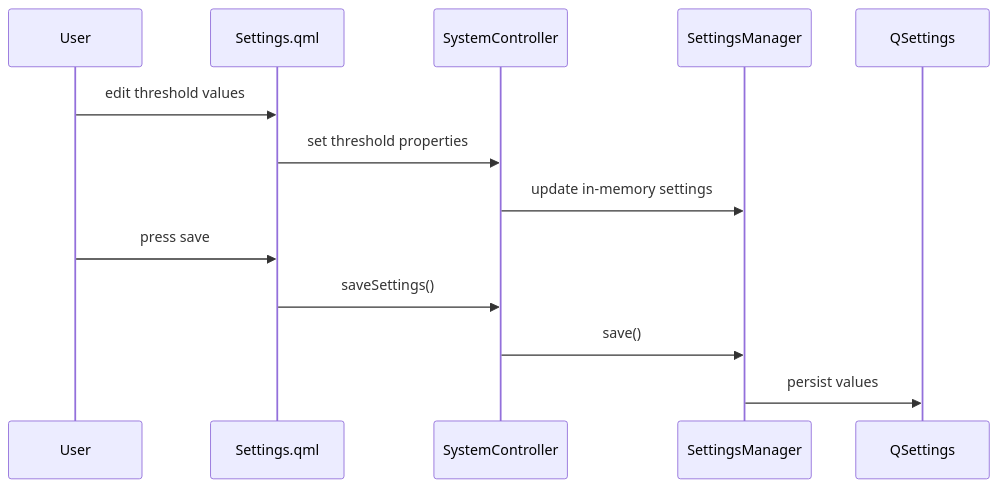
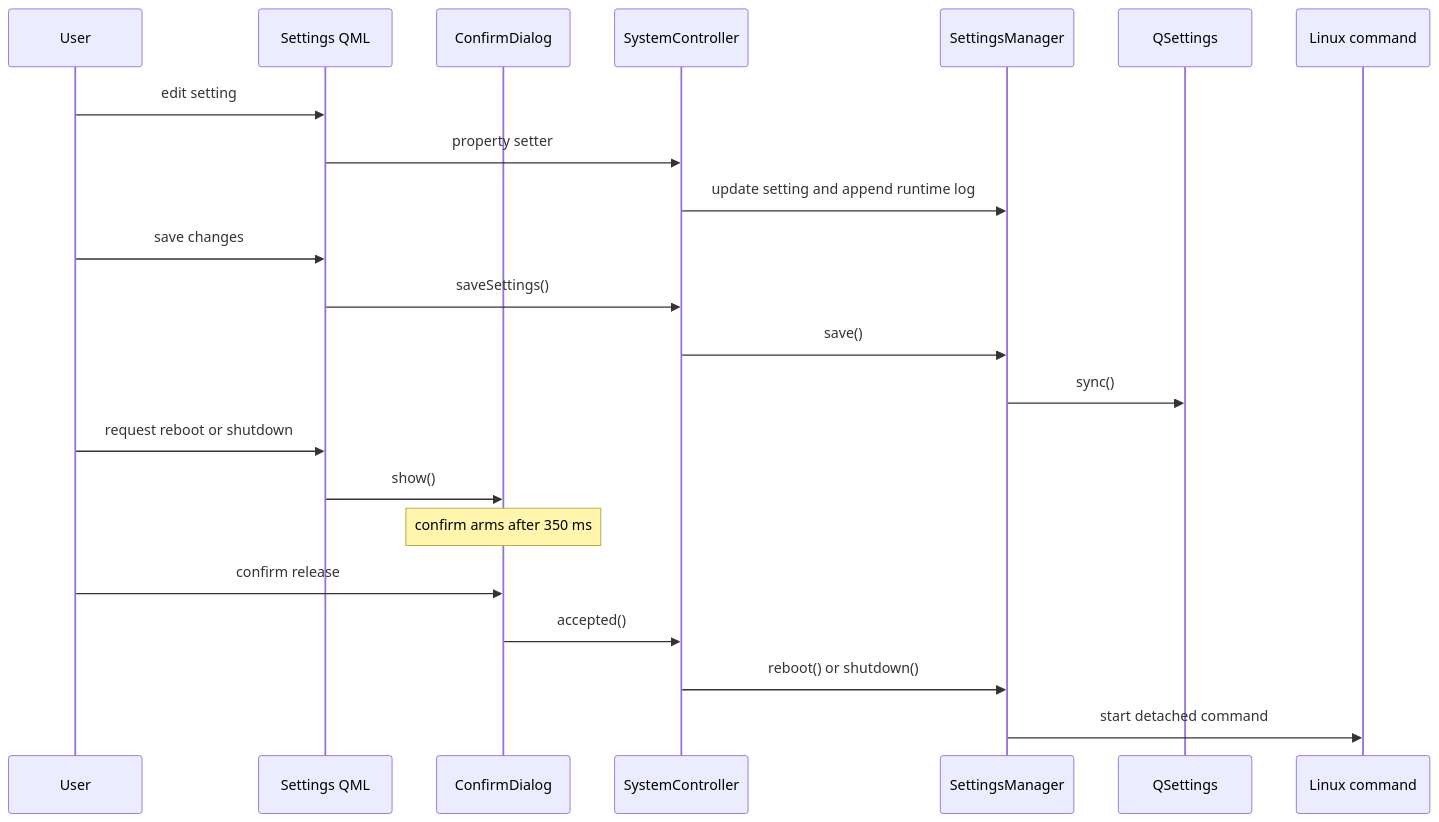
One commit to tungnhs2014/Real-Time-System-Monitor changed the fifth of 8 diagrams in docs/diagrams.md. Above: the diagram before and after it, drawn with Mermaid. The commit also changed other lines of this file and 106 other files, not shown here.

````diff
--- a/docs/diagrams.md
+++ b/docs/diagrams.md
@@ -97,16 +110,26 @@
 ```mermaid
 sequenceDiagram
     participant User
-    participant QML as Settings.qml
-    participant Ctrl as SystemController
+    participant QML as Settings QML
+    participant Dialog as ConfirmDialog
+    participant Controller as SystemController
     participant Settings as SettingsManager
     participant Store as QSettings
+    participant OS as Linux command
 
-    User->>QML: edit threshold values
-    QML->>Ctrl: set threshold properties
-    Ctrl->>Settings: update in-memory settings
-    User->>QML: press save
-    QML->>Ctrl: saveSettings()
-    Ctrl->>Settings: save()
-    Settings->>Store: persist values
+    User->>QML: edit setting
+    QML->>Controller: property setter
+    Controller->>Settings: update setting and append runtime log
+    User->>QML: save changes
+    QML->>Controller: saveSettings()
+    Controller->>Settings: save()
+    Settings->>Store: sync()
+
+    User->>QML: request reboot or shutdown
+    QML->>Dialog: show()
+    Note over Dialog: confirm arms after 350 ms
+    User->>Dialog: confirm release
+    Dialog->>Controller: accepted()
+    Controller->>Settings: reboot() or shutdown()
+    Settings->>OS: start detached command
 ```
````
